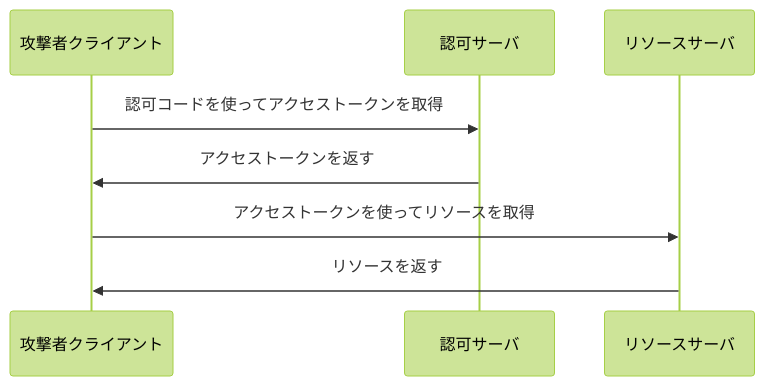
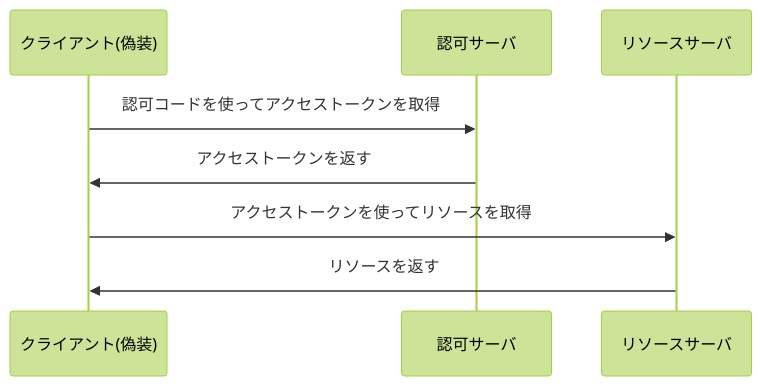
One commit to calloc134/zenn-dir changed the sixth of 17 diagrams in articles/5e8da6c491e720.md. Above: the diagram before and after it, drawn with Mermaid (forest theme). The commit also changed other lines of this file, not shown here.

````diff
--- a/articles/5e8da6c491e720.md
+++ b/articles/5e8da6c491e720.md
@@ -856,11 +856,11 @@
 ```mermaid
 sequenceDiagram
-    participant 攻撃者クライアント
+    participant クライアント(偽装)
     participant 認可サーバ
     participant リソースサーバ
 
-    攻撃者クライアント->>認可サーバ: 認可コードを使ってアクセストークンを取得
-    認可サーバ->>攻撃者クライアント: アクセストークンを返す
-    攻撃者クライアント->>リソースサーバ: アクセストークンを使ってリソースを取得
-    リソースサーバ->>攻撃者クライアント: リソースを返す
+    クライアント(偽装)->>認可サーバ: 認可コードを使ってアクセストークンを取得
+    認可サーバ->>クライアント(偽装): アクセストークンを返す
+    クライアント(偽装)->>リソースサーバ: アクセストークンを使ってリソースを取得
+    リソースサーバ->>クライアント(偽装): リソースを返す
 ```
````
